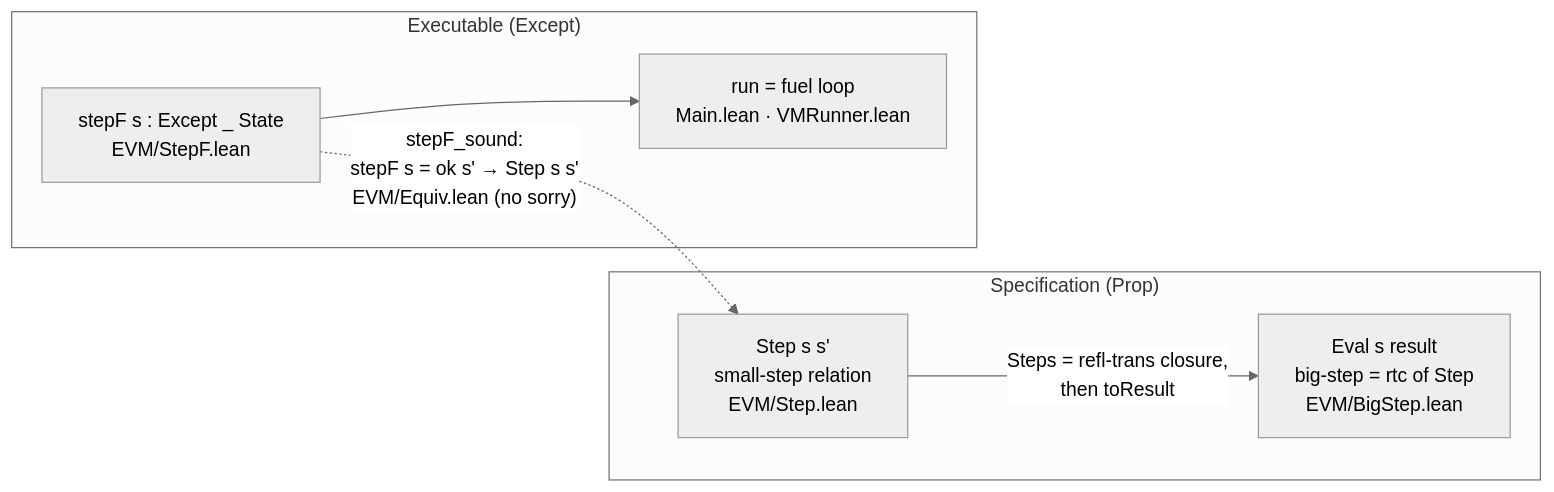
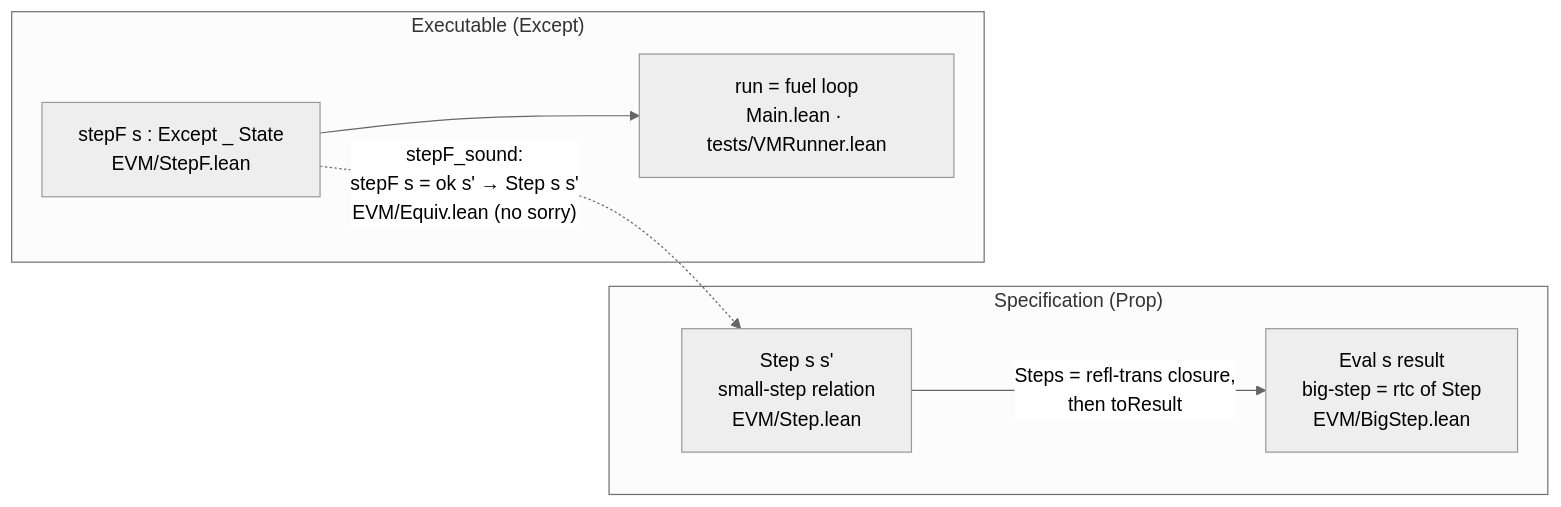
Before and after one commit to powdr-labs/evm-semantics: the third of 3 diagrams in ARCHITECTURE.md, drawn with Mermaid (neutral theme). The commit also changed other lines of this file and 7 other files, not shown here.

````diff
--- a/ARCHITECTURE.md
+++ b/ARCHITECTURE.md
@@ -413,14 +413,14 @@
 ```mermaid
 flowchart LR
     subgraph "Specification (Prop)"
         Step["Step s s'<br/>small-step relation<br/>EVM/Step.lean"]
         Eval["Eval s result<br/>big-step = rtc of Step<br/>EVM/BigStep.lean"]
         Step -->|"Steps = refl-trans closure,<br/>then toResult"| Eval
     end
     subgraph "Executable (Except)"
         StepF["stepF s : Except _ State<br/>EVM/StepF.lean"]
-        Run["run = fuel loop<br/>Main.lean · VMRunner.lean"]
+        Run["run = fuel loop<br/>Main.lean · tests/VMRunner.lean"]
         StepF --> Run
     end
     StepF -.->|"stepF_sound:<br/>stepF s = ok s' → Step s s'<br/>EVM/Equiv.lean (no sorry)"| Step
 ```
````
